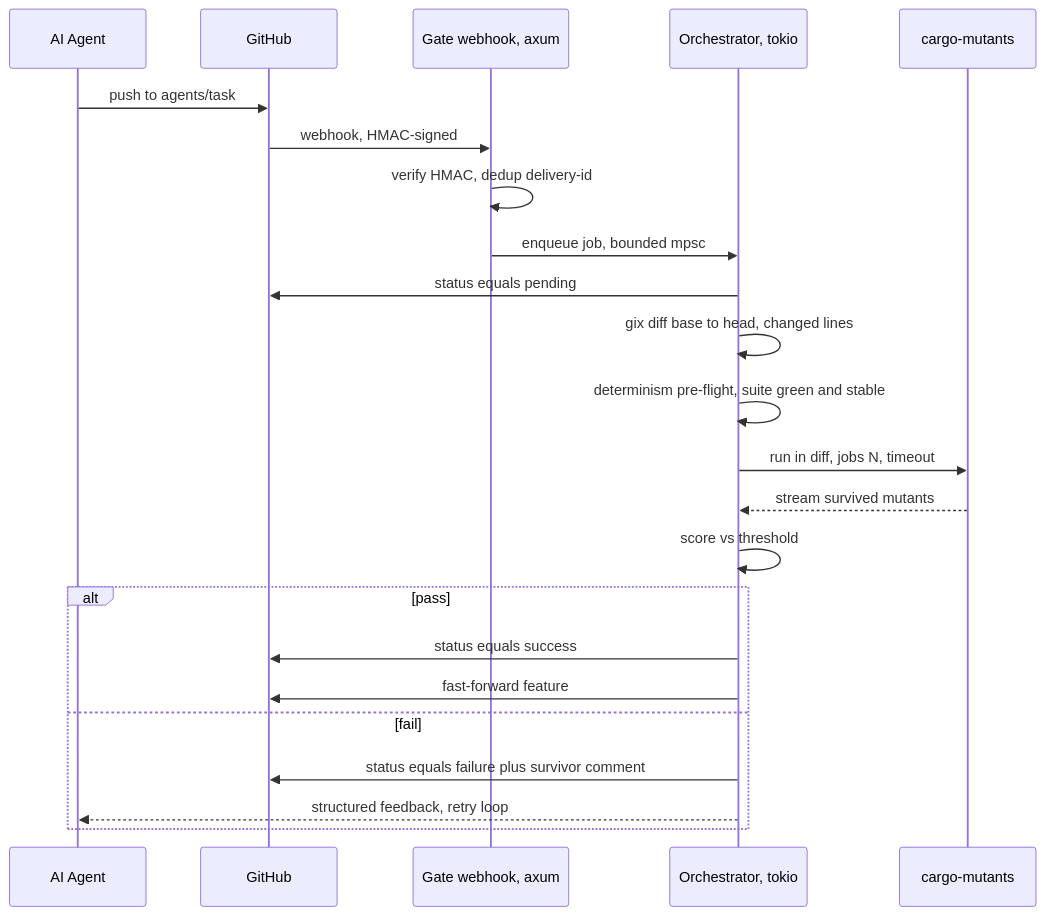
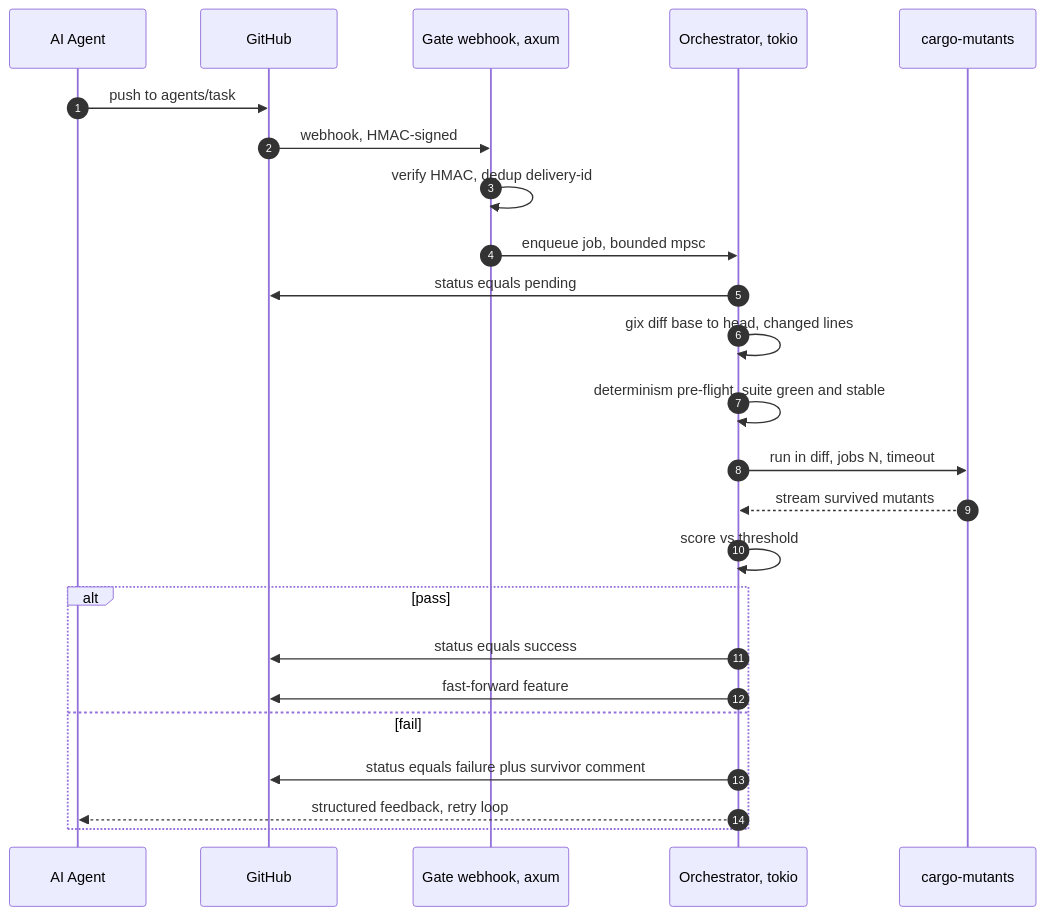
Before and after one commit to lucheeseng827/mergestro-gate: the second of 5 diagrams in README.md, drawn with Mermaid. The commit also changed other lines of this file and 23 other files, not shown here.

````diff
--- a/README.md
+++ b/README.md
@@ -164,25 +194,26 @@
 ```mermaid
 sequenceDiagram
+    autonumber
     participant Agent as AI Agent
     participant GH as GitHub
     participant GW as Gate webhook, axum
     participant Q as Orchestrator, tokio
     participant M as cargo-mutants
     Agent->>GH: push to agents/task
     GH->>GW: webhook, HMAC-signed
     GW->>GW: verify HMAC, dedup delivery-id
     GW->>Q: enqueue job, bounded mpsc
     Q->>GH: status equals pending
     Q->>Q: gix diff base to head, changed lines
     Q->>Q: determinism pre-flight, suite green and stable
     Q->>M: run in diff, jobs N, timeout
     M-->>Q: stream survived mutants
     Q->>Q: score vs threshold
     alt pass
         Q->>GH: status equals success
         Q->>GH: fast-forward feature
     else fail
         Q->>GH: status equals failure plus survivor comment
         Q-->>Agent: structured feedback, retry loop
     end
 ```
````
